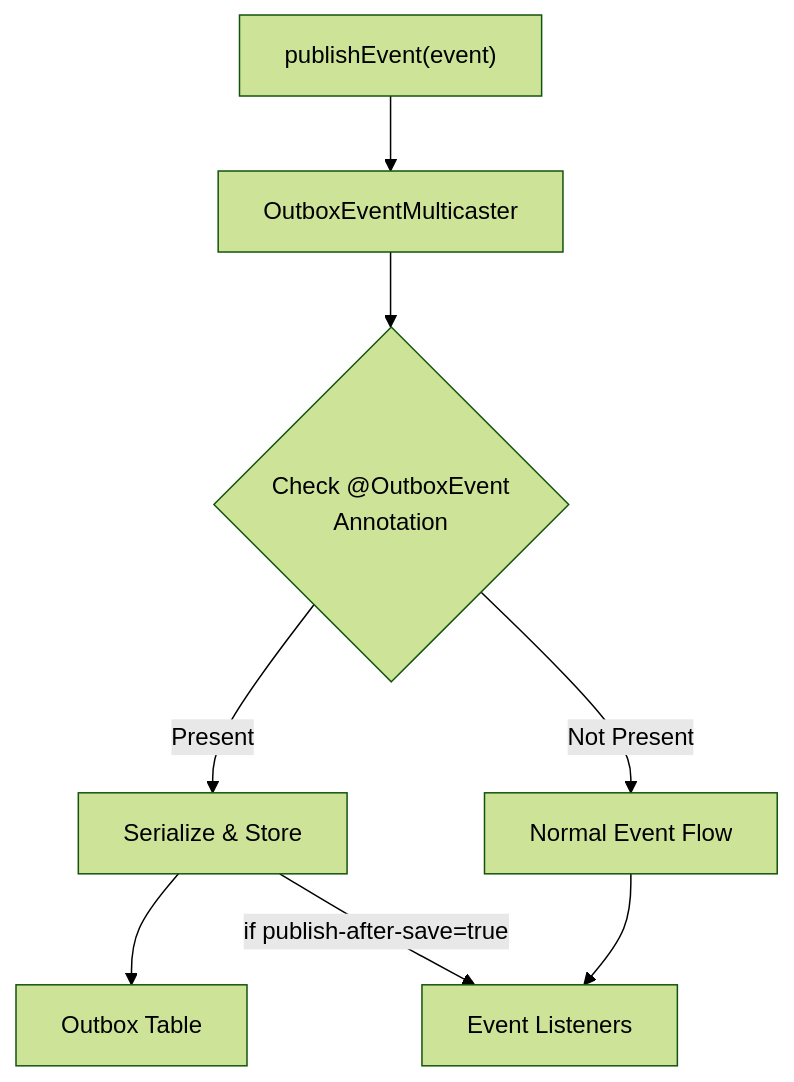
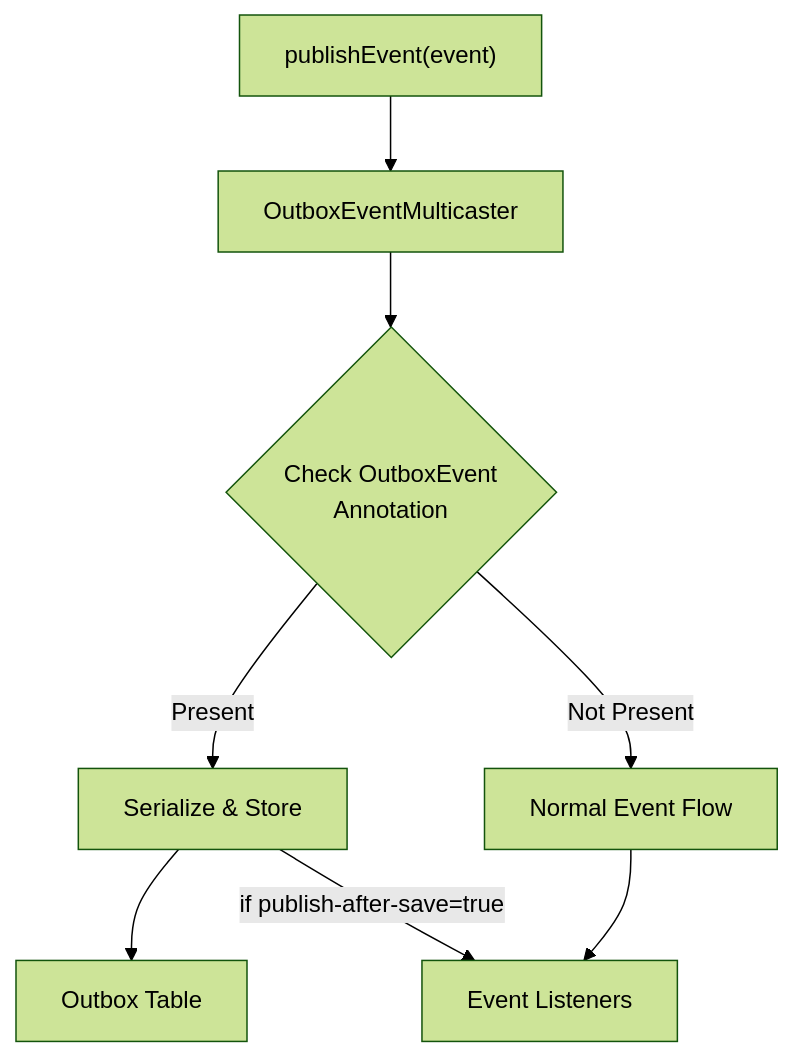
The third of 8 diagrams in docs/features.md (namastack/namastack-website), drawn with Mermaid (forest theme) before and after one commit. The commit also changed other lines of this file and 3 other files, not shown here.

````diff
--- a/docs/features.md
+++ b/docs/features.md
@@ -406,10 +270,10 @@
 ```mermaid
 graph TB
     A["publishEvent(event)"] --> B["OutboxEventMulticaster"]
-    B --> C{Check @OutboxEvent<br/>Annotation}
+    B --> C{Check OutboxEvent<br/>Annotation}
     C -->|Present| D["Serialize & Store"]
     C -->|Not Present| E["Normal Event Flow"]
     D --> F["Outbox Table"]
     E --> G["Event Listeners"]
     D -->|if publish-after-save=true| G
 ```
````
